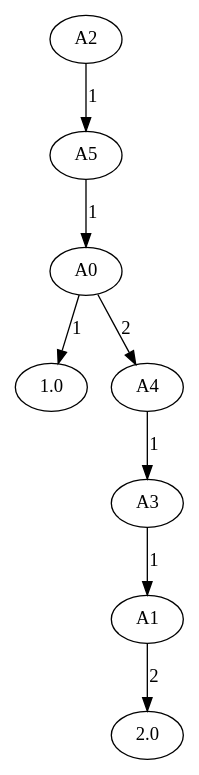
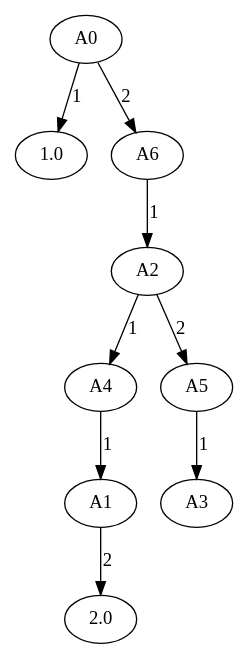
Before and after one commit to oyssolbo/TDT4171: the diagram in Assignments/A4/data/results/data/tree/Random importance id=2.gv, drawn with Graphviz. The commit also changed 30 other files, not shown here.

```diff
--- a/Assignments/A4/data/results/data/tree/Random importance id=2.gv
+++ b/Assignments/A4/data/results/data/tree/Random importance id=2.gv
@@ -1,18 +1,20 @@
 // Random importance
 digraph {
-	2 [label=A2]
-	5 [label=A5]
-	2 -> 5 [label=1]
 	0 [label=A0]
-	5 -> 0 [label=1]
 	1.0 [label=1.0]
 	0 -> 1.0 [label=1]
+	6 [label=A6]
+	0 -> 6 [label=2]
+	2 [label=A2]
+	6 -> 2 [label=1]
 	4 [label=A4]
-	0 -> 4 [label=2]
-	3 [label=A3]
-	4 -> 3 [label=1]
+	2 -> 4 [label=1]
 	1 [label=A1]
-	3 -> 1 [label=1]
+	4 -> 1 [label=1]
 	2.0 [label=2.0]
 	1 -> 2.0 [label=2]
+	5 [label=A5]
+	2 -> 5 [label=2]
+	3 [label=A3]
+	5 -> 3 [label=1]
 }
```
